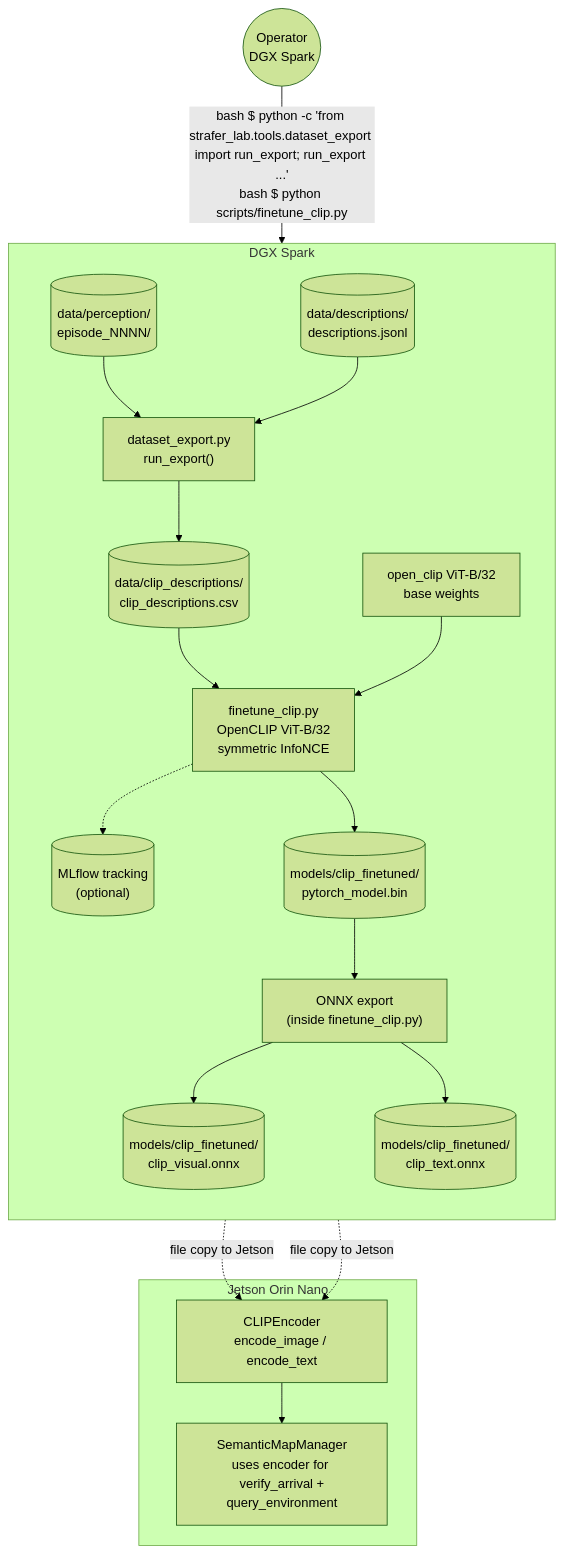
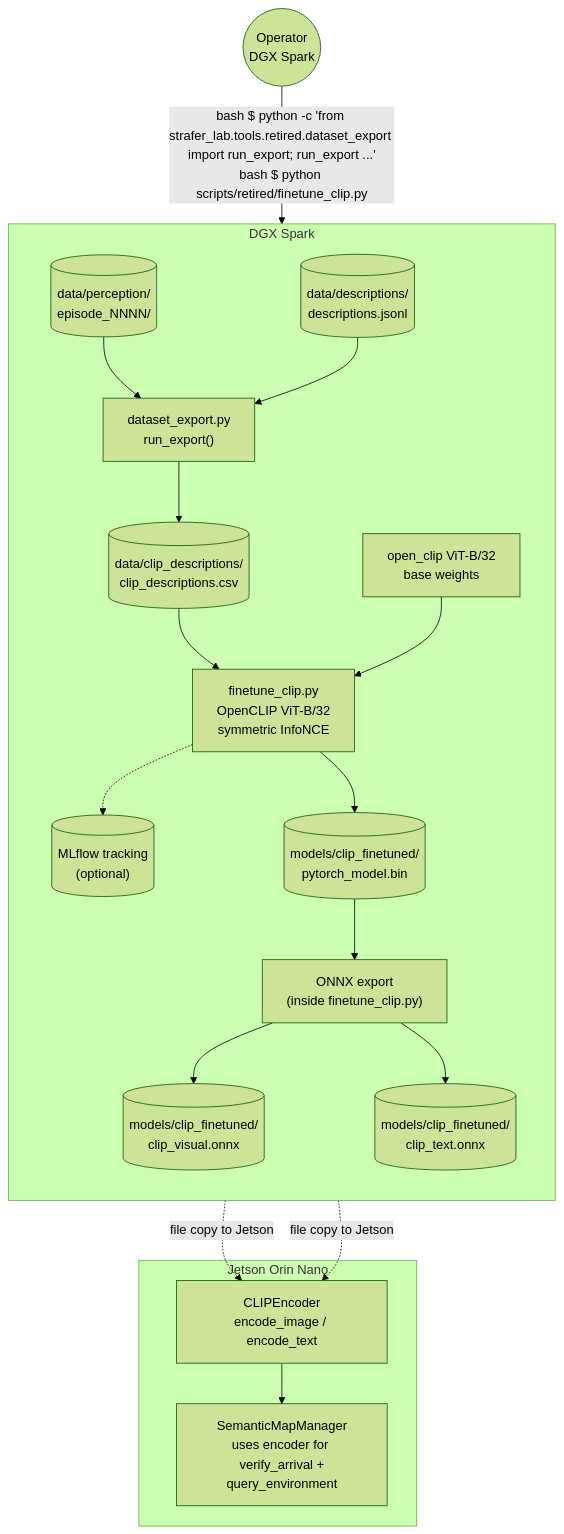
Before and after one commit to zachoines/Sim2RealLab: the second of 7 diagrams in docs/SYSTEM_FLOW_DIAGRAMS.md, drawn with Mermaid (forest theme). The commit also changed other lines of this file and 28 other files, not shown here.

````diff
--- a/docs/SYSTEM_FLOW_DIAGRAMS.md
+++ b/docs/SYSTEM_FLOW_DIAGRAMS.md
@@ -142,51 +142,51 @@
 ```mermaid
 flowchart TB
     Operator((Operator<br/>DGX Spark))
 
     subgraph DGX["DGX Spark"]
         direction TB
 
         PerceptionDir[("data/perception/<br/>episode_NNNN/")]
         DescOut[("data/descriptions/<br/>descriptions.jsonl")]
 
         DatasetExport["dataset_export.py<br/>run_export()"]
         ClipCSV[("data/clip_descriptions/<br/>clip_descriptions.csv")]
 
         FinetuneClip["finetune_clip.py<br/>OpenCLIP ViT-B/32<br/>symmetric InfoNCE"]
         CLIPSrc["open_clip ViT-B/32<br/>base weights"]
         MLflow[("MLflow tracking<br/>(optional)")]
         Checkpoint[("models/clip_finetuned/<br/>pytorch_model.bin")]
 
         ExportONNX["ONNX export<br/>(inside finetune_clip.py)"]
         CLIPVis[("models/clip_finetuned/<br/>clip_visual.onnx")]
         CLIPTxt[("models/clip_finetuned/<br/>clip_text.onnx")]
     end
 
     subgraph Jetson["Jetson Orin Nano"]
         CLIPEnc["CLIPEncoder<br/>encode_image / encode_text"]
         SemMap["SemanticMapManager<br/>uses encoder for verify_arrival +<br/>query_environment"]
     end
 
-    Operator -->|bash $ python -c 'from strafer_lab.tools.dataset_export import run_export; run_export ...'<br/>bash $ python scripts/finetune_clip.py| DatasetExport
+    Operator -->|bash $ python -c 'from strafer_lab.tools.retired.dataset_export import run_export; run_export ...'<br/>bash $ python scripts/retired/finetune_clip.py| DatasetExport
 
     PerceptionDir --> DatasetExport
     DescOut --> DatasetExport
     DatasetExport --> ClipCSV
 
     ClipCSV --> FinetuneClip
     CLIPSrc --> FinetuneClip
     FinetuneClip -.-> MLflow
     FinetuneClip --> Checkpoint
     Checkpoint --> ExportONNX
     ExportONNX --> CLIPVis
     ExportONNX --> CLIPTxt
 
     CLIPVis -.->|file copy to Jetson| CLIPEnc
     CLIPTxt -.->|file copy to Jetson| CLIPEnc
     CLIPEnc --> SemMap
 
-    click DatasetExport "../source/strafer_lab/strafer_lab/tools/dataset_export.py" "CLIP CSV + basic VLM JSONL exporter"
-    click FinetuneClip "../source/strafer_lab/scripts/finetune_clip.py" "OpenCLIP contrastive fine-tune"
+    click DatasetExport "../source/strafer_lab/strafer_lab/tools/retired/dataset_export.py" "CLIP CSV + basic VLM JSONL exporter"
+    click FinetuneClip "../source/strafer_lab/scripts/retired/finetune_clip.py" "OpenCLIP contrastive fine-tune"
     click CLIPEnc "../source/strafer_autonomy/strafer_autonomy/semantic_map/clip_encoder.py" "Jetson-side ONNX encoder"
     click SemMap "../source/strafer_autonomy/strafer_autonomy/semantic_map/manager.py" "Semantic map manager"
 ```
````
